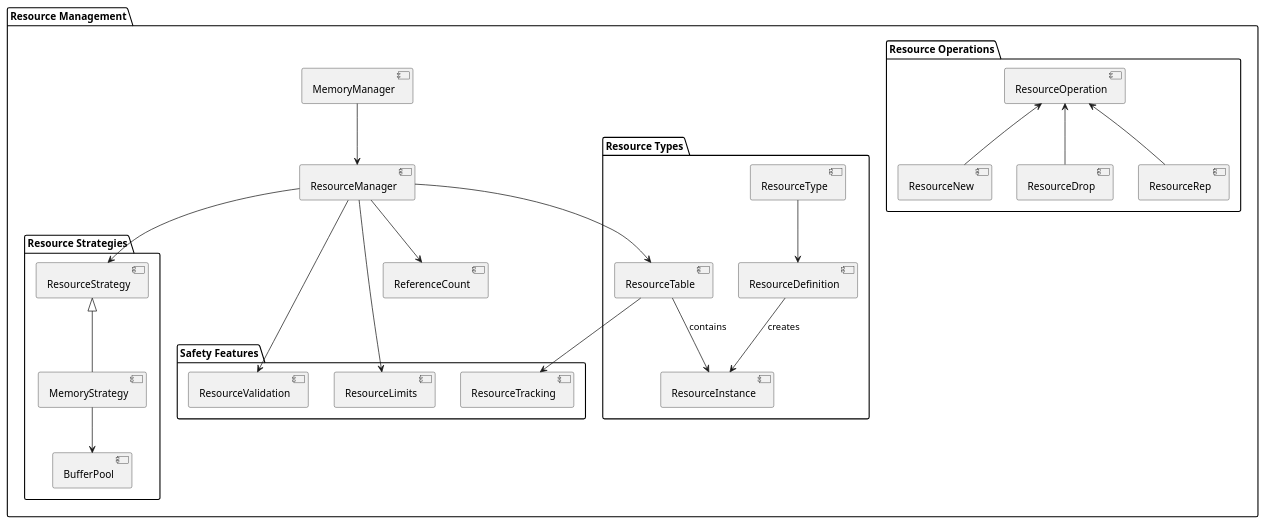
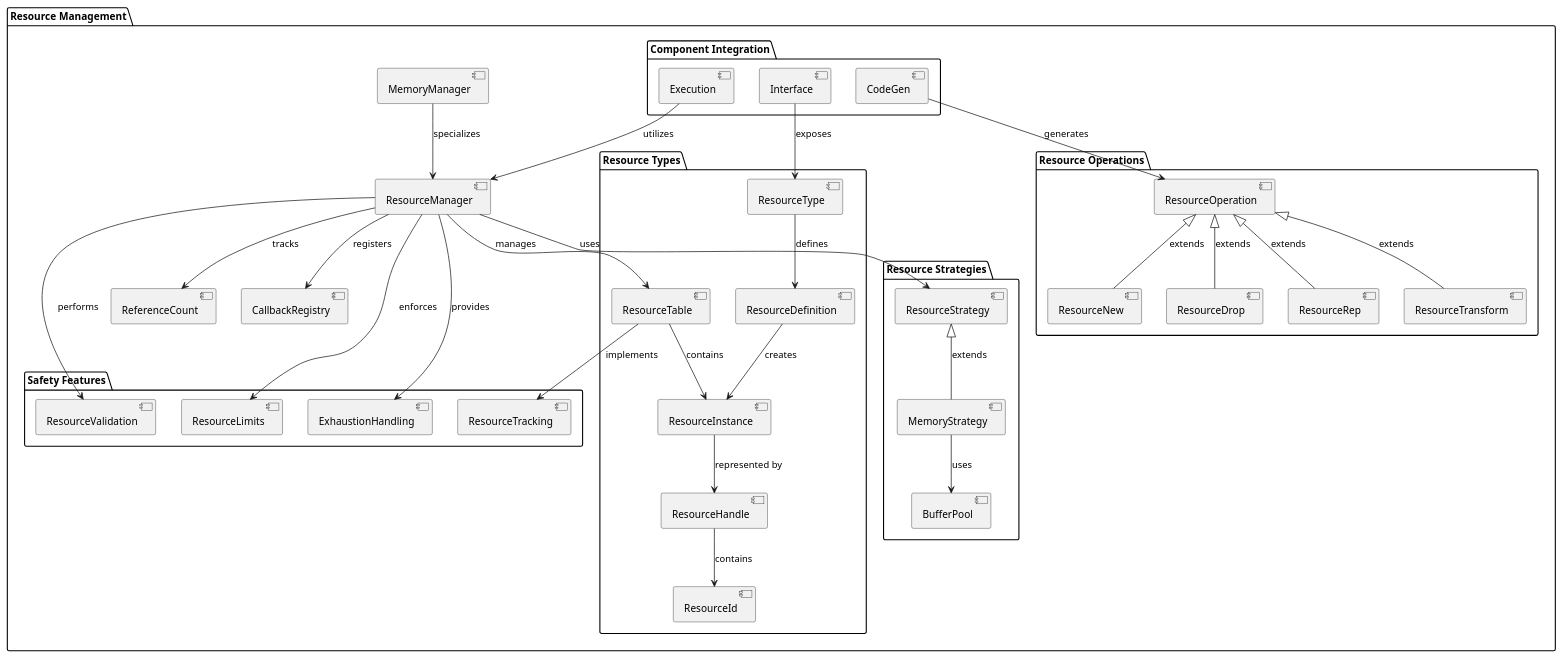
Before and after one commit to pulseengine/wrt: the diagram in docs/source/_static/resource_management.puml, drawn with PlantUML. The commit also changed 239 other files, not shown here.

Commit message:
feat(resource): implement WebAssembly Component Model resource management

```diff
--- a/docs/source/_static/resource_management.puml
+++ b/docs/source/_static/resource_management.puml
@@ -1,57 +1,77 @@
 @startuml
 
 package "Resource Management" {
   package "Resource Types" {
     [ResourceType] as ResType
     [ResourceDefinition] as ResDef
     [ResourceInstance] as ResInst
     [ResourceTable] as ResTable
+    [ResourceHandle] as ResHandle
+    [ResourceId] as ResId
     
-    ResType --> ResDef
+    ResType --> ResDef : defines
     ResDef --> ResInst : creates
     ResTable --> ResInst : contains
+    ResInst --> ResHandle : represented by
+    ResHandle --> ResId : contains
   }
   
   package "Resource Operations" {
+    [ResourceOperation] as ResOp
     [ResourceNew] as ResNew
     [ResourceDrop] as ResDrop
     [ResourceRep] as ResRep
-    [ResourceOperation] as ResOp
+    [ResourceTransform] as ResTrans
     
-    ResOp <-- ResNew
-    ResOp <-- ResDrop
-    ResOp <-- ResRep
+    ResOp <|-- ResNew : extends
+    ResOp <|-- ResDrop : extends
+    ResOp <|-- ResRep : extends
+    ResOp <|-- ResTrans : extends
   }
   
   package "Resource Strategies" {
     [ResourceStrategy] as Strategy
     [MemoryStrategy] as MemStrategy
     [BufferPool] as BufferPool
     
-    Strategy <|-- MemStrategy
-    MemStrategy --> BufferPool
+    Strategy <|-- MemStrategy : extends
+    MemStrategy --> BufferPool : uses
   }
   
   package "Resource Management" {
     [ResourceManager] as Manager
     [MemoryManager] as MemManager
     [ReferenceCount] as RefCount
+    [CallbackRegistry] as Callbacks
     
-    Manager --> ResTable
-    Manager --> Strategy
-    Manager --> RefCount
-    MemManager --> Manager
+    Manager --> ResTable : manages
+    Manager --> Strategy : uses
+    Manager --> RefCount : tracks
+    Manager --> Callbacks : registers
+    MemManager --> Manager : specializes
   }
   
   package "Safety Features" {
     [ResourceValidation] as ResValid
     [ResourceLimits] as ResLimit
     [ResourceTracking] as ResTrack
+    [ExhaustionHandling] as ExhaustHandle
     
-    Manager --> ResValid
-    Manager --> ResLimit
-    ResTable --> ResTrack
+    Manager --> ResValid : performs
+    Manager --> ResLimit : enforces
+    ResTable --> ResTrack : implements
+    Manager --> ExhaustHandle : provides
+  }
+  
+  package "Component Integration" {
+    [Interface] as Interface
+    [CodeGen] as CodeGen
+    [Execution] as Execution
+    
+    Interface --> ResType : exposes
+    CodeGen --> ResOp : generates
+    Execution --> Manager : utilizes
   }
 }
 
 @enduml 
```
